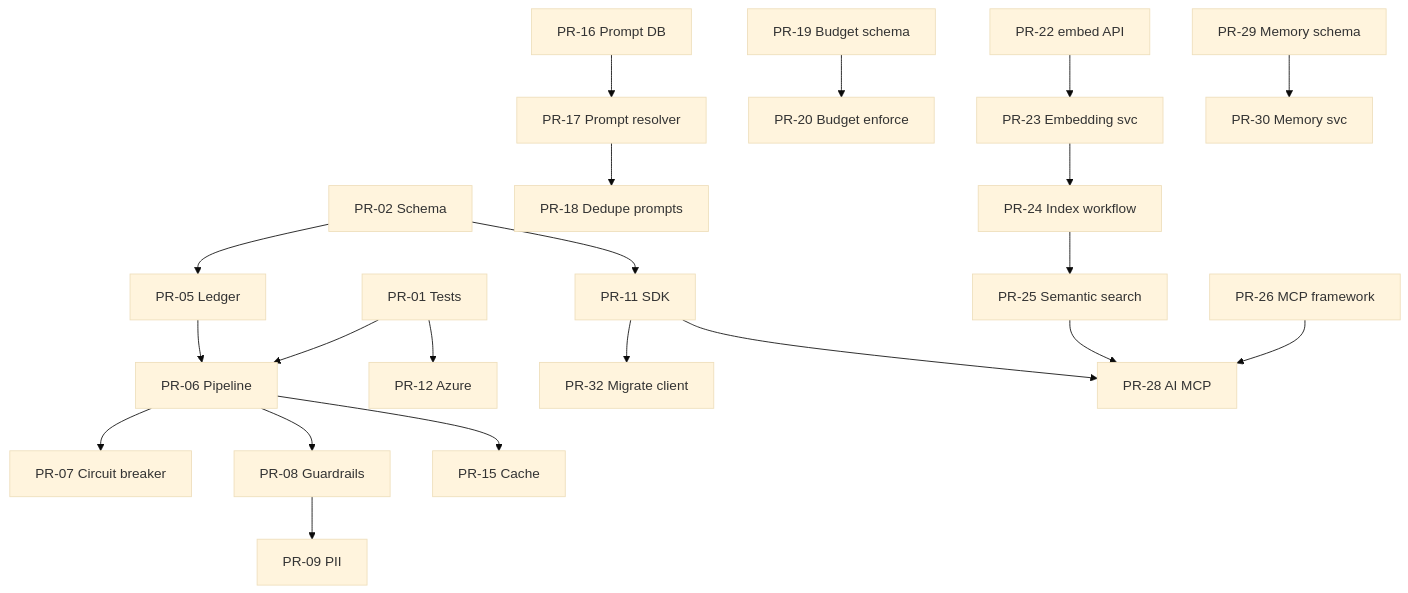
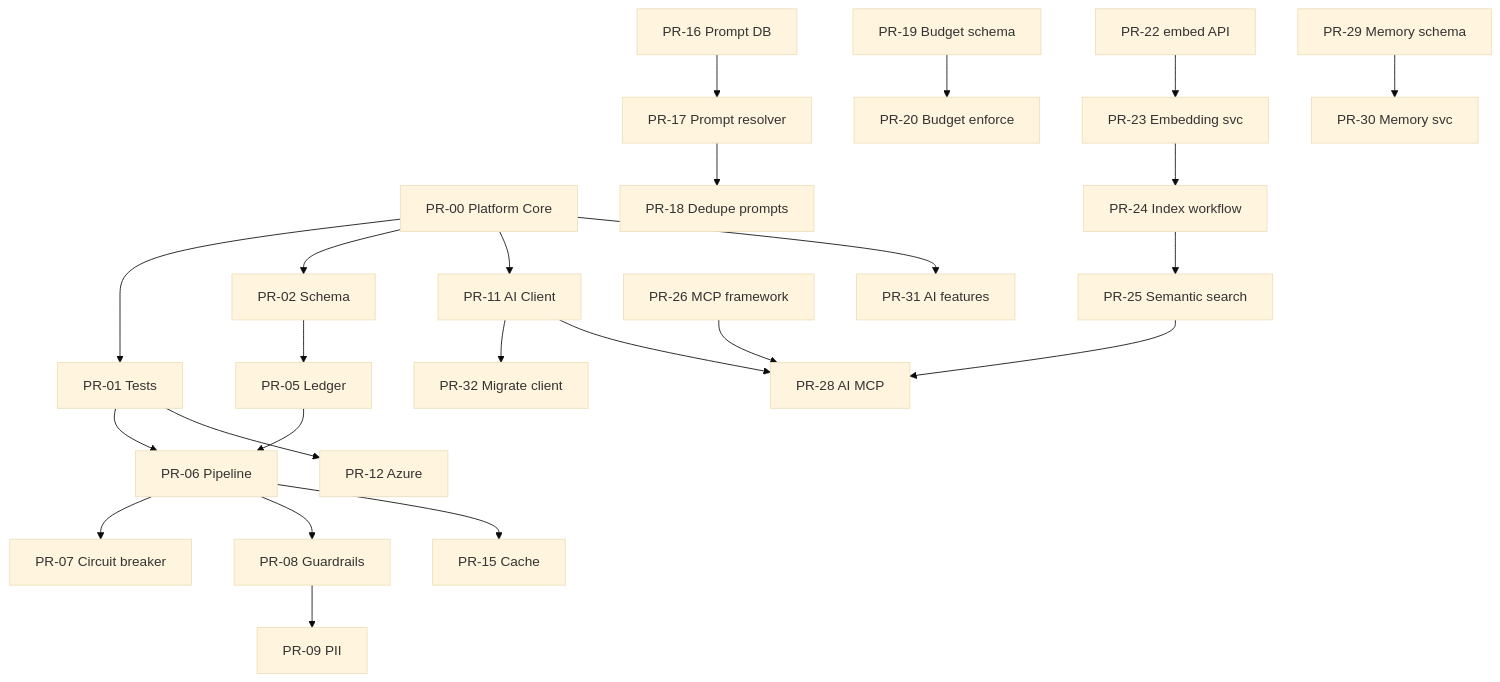
Before and after one commit to jaam4435/Talent-OS: the second of 2 diagrams in docs/Architecture/AI_IMPLEMENTATION_ROADMAP.md, drawn with Mermaid (base theme). The commit also changed other lines of this file, not shown here.

First line of the commit message:
Add PR-00 Platform Core as prerequisite before PR-01

````diff
--- a/docs/Architecture/AI_IMPLEMENTATION_ROADMAP.md
+++ b/docs/Architecture/AI_IMPLEMENTATION_ROADMAP.md
@@ -817,23 +921,26 @@
 ```mermaid
 flowchart TD
-    PR01[PR-01 Tests] --> PR06[PR-06 Pipeline]
+    PR00[PR-00 Platform Core] --> PR01[PR-01 Tests]
+    PR00 --> PR02[PR-02 Schema]
+    PR00 --> PR11[PR-11 AI Client]
+    PR01 --> PR06[PR-06 Pipeline]
     PR01 --> PR12[PR-12 Azure]
-    PR02[PR-02 Schema] --> PR05[PR-05 Ledger]
-    PR02 --> PR11[PR-11 SDK]
+    PR02 --> PR05[PR-05 Ledger]
     PR05 --> PR06
     PR06 --> PR07[PR-07 Circuit breaker]
     PR06 --> PR08[PR-08 Guardrails]
     PR08 --> PR09[PR-09 PII]
     PR06 --> PR15[PR-15 Cache]
     PR11 --> PR32[PR-32 Migrate client]
     PR16[PR-16 Prompt DB] --> PR17[PR-17 Prompt resolver]
     PR17 --> PR18[PR-18 Dedupe prompts]
     PR19[PR-19 Budget schema] --> PR20[PR-20 Budget enforce]
     PR22[PR-22 embed API] --> PR23[PR-23 Embedding svc]
     PR23 --> PR24[PR-24 Index workflow]
     PR24 --> PR25[PR-25 Semantic search]
     PR26[PR-26 MCP framework] --> PR28[PR-28 AI MCP]
     PR25 --> PR28
     PR11 --> PR28
     PR29[PR-29 Memory schema] --> PR30[PR-30 Memory svc]
+    PR00 --> PR31[PR-31 AI features]
 ```
````
